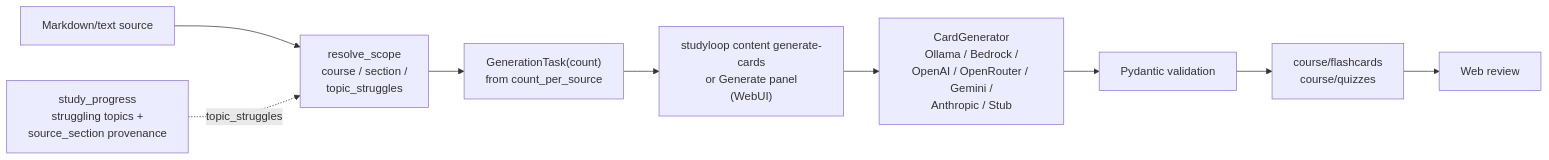
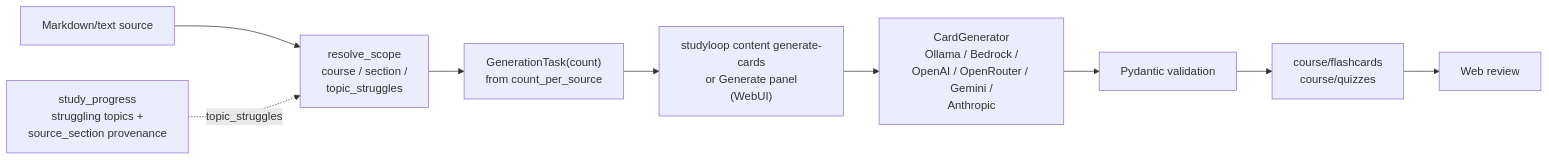
The fourth of 5 diagrams in docs/system-overview.md (NetDevAutomate/StudyLoop), drawn with Mermaid before and after one commit. The commit also changed other lines of this file and 12 other files, not shown here.

First line of the commit message:
docs(architecture): fix stale file maps, Stub backend, and version-independent policy text

````diff
--- a/docs/system-overview.md
+++ b/docs/system-overview.md
@@ -172,16 +172,16 @@
 ```mermaid
 flowchart LR
     Source["Markdown/text source"]
     Struggles["study_progress<br/>struggling topics +<br/>source_section provenance"]
     Resolve["resolve_scope<br/>course / section /<br/>topic_struggles"]
     Task["GenerationTask(count)<br/>from count_per_source"]
     Generate["studyloop content generate-cards<br/>or Generate panel<br/>(WebUI)"]
-    Backend["CardGenerator<br/>Ollama / Bedrock /<br/>OpenAI / OpenRouter / Gemini /<br/>Anthropic / Stub"]
+    Backend["CardGenerator<br/>Ollama / Bedrock /<br/>OpenAI / OpenRouter / Gemini /<br/>Anthropic"]
     Schema["Pydantic validation"]
     Artefacts["course/flashcards<br/>course/quizzes"]
     PWA["Web review"]
 
     Source --> Resolve
     Struggles -.->|"topic_struggles"| Resolve
     Resolve --> Task --> Generate --> Backend --> Schema --> Artefacts --> PWA
 ```
````
